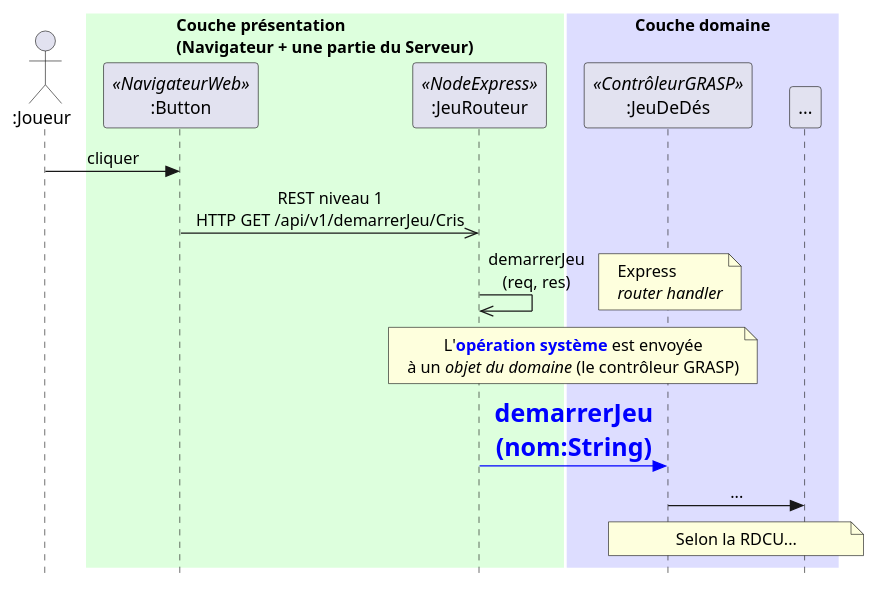
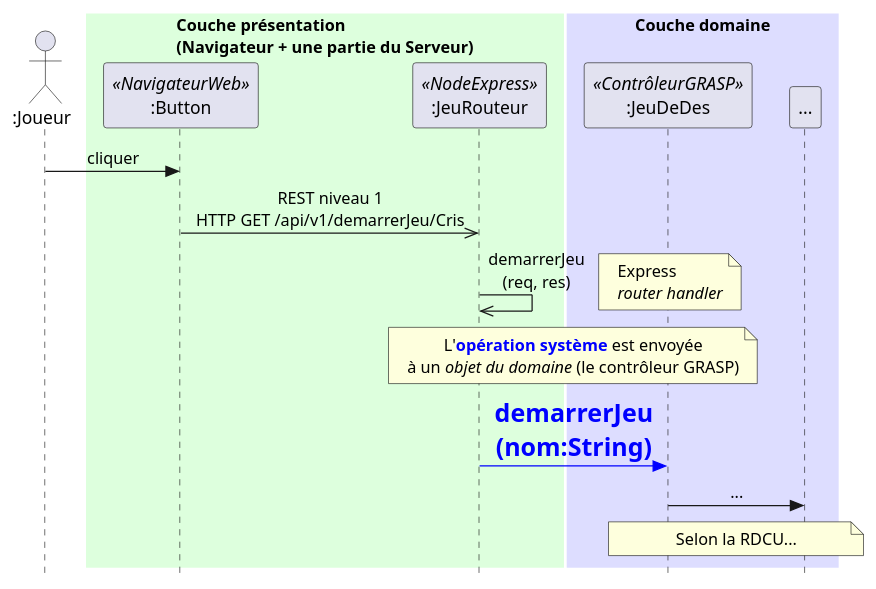
One commit to relhETSMTL/log210-enonce-lab0 changed the diagram in docs/modeles/dss-details-demarrerJeu.puml. Above: the diagram before and after it, drawn with PlantUML. The commit also changed 9 other files, not shown here.

```diff
--- a/docs/modeles/dss-details-demarrerJeu.puml
+++ b/docs/modeles/dss-details-demarrerJeu.puml
@@ -1,33 +1,33 @@
 @startuml
 skinparam style strictuml
 skinparam backgroundcolor transparent
 skinparam SequenceBoxBorderColor transparent
 skinparam participantpadding 10
 'skinparam handwritten true
 skinparam sequenceMessageAlign center
 actor ":Joueur" as j
 box "Couche présentation\n(Navigateur + une partie du Serveur)" #ddffdd
 participant ":Button" as b <<NavigateurWeb>> 
 participant ":JeuRouteur" as r <<NodeExpress>>
 end box
 box "Couche domaine" #ddddff
-participant ":JeuDeDés" as c <<ContrôleurGRASP>>
+participant ":JeuDeDes" as c <<ContrôleurGRASP>>
 participant "..." as s
 end box
 j -> b : cliquer
 'note over r : Class du serveur web
 b ->> r : REST niveau 1\nHTTP GET /api/v1/demarrerJeu/Cris
 r ->> r : demarrerJeu\n(req, res)
 note right
 Express
 //router handler//
 end note
 skinparam NoteTextAlignment center
 note over r, c
 L'<color blue>**opération système**</color> est envoyée
 à un //objet du domaine// (le contrôleur GRASP)
 end note
 r -[#blue,bold]> c : <color blue><size 20>**demarrerJeu**\n<color blue><size 20>**(nom:String)**</color>
 c -> s : ...
 note over c, s : Selon la RDCU...
 @enduml
```
